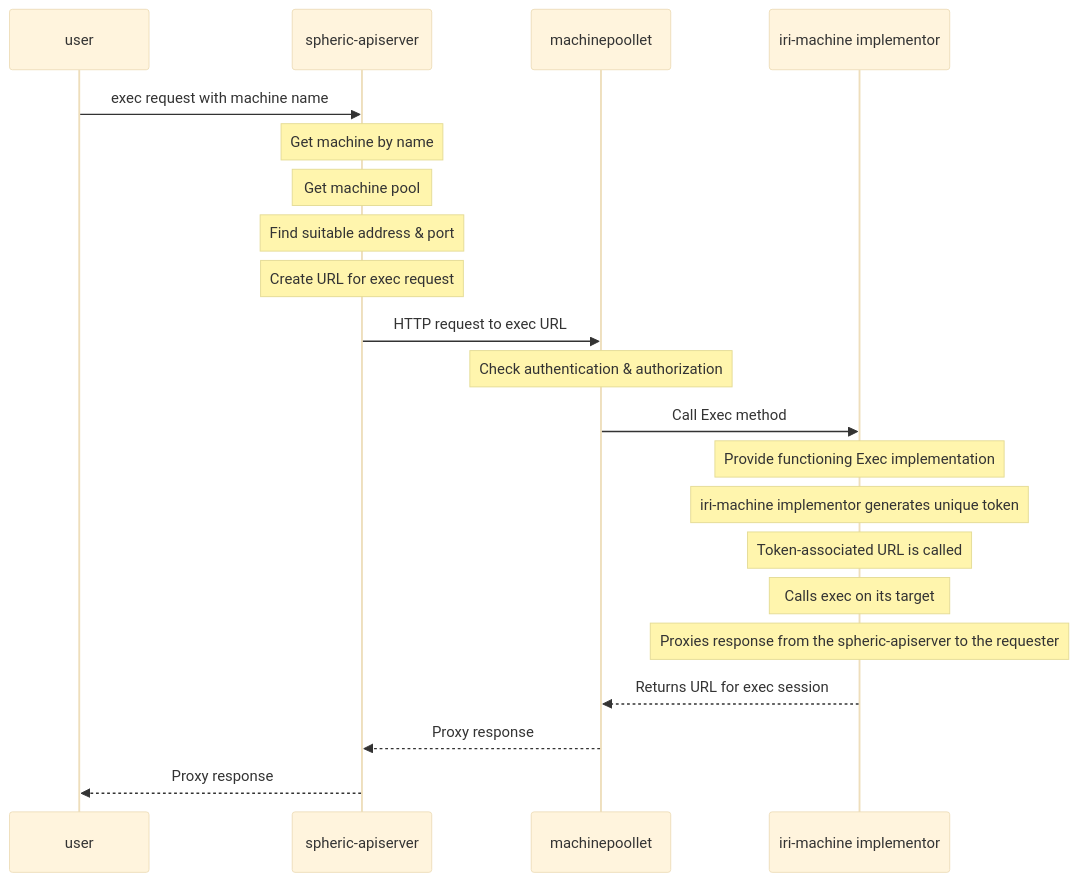
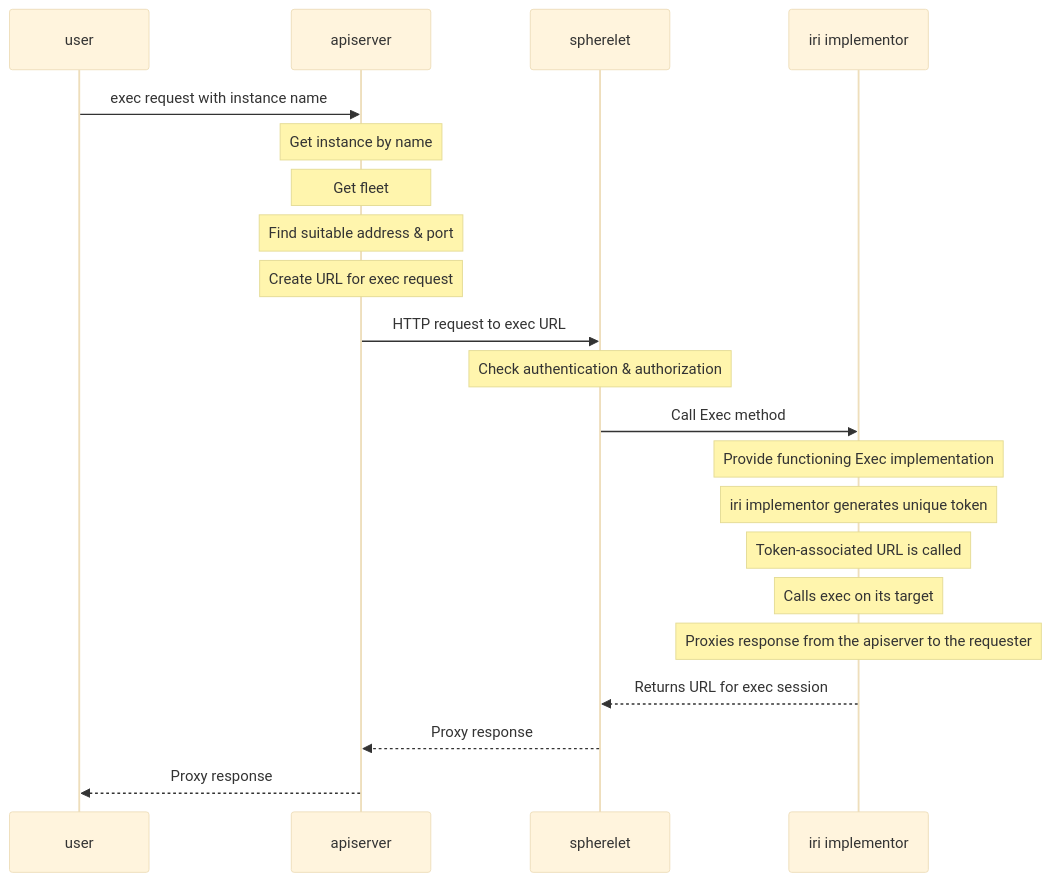
One commit to spheric-cloud/spheric changed the diagram in docs/concepts/machine-exec-flow.md. Above: the diagram before and after it, drawn with Mermaid (base theme). The commit also changed other lines of this file and 21 other files, not shown here.

````diff
--- a/docs/concepts/machine-exec-flow.md
+++ b/docs/concepts/machine-exec-flow.md
@@ -13,24 +13,24 @@
 ```mermaid
 sequenceDiagram
     participant User as user
-    participant OA as spheric-apiserver
-    participant MP as machinepoollet
-    participant OM as iri-machine implementor
+    participant API as apiserver
+    participant SP as spherelet
+    participant IRI as iri implementor
 
-    User->>OA: exec request with machine name
-    Note over OA: Get machine by name
-    Note over OA: Get machine pool
-    Note over OA: Find suitable address & port
-    Note over OA: Create URL for exec request
-    OA->>MP: HTTP request to exec URL
-    Note over MP: Check authentication & authorization
-    MP->>OM: Call Exec method
-    Note over OM: Provide functioning Exec implementation
-    Note over OM: iri-machine implementor generates unique token
-    Note over OM: Token-associated URL is called
-    Note over OM: Calls exec on its target
-    Note over OM: Proxies response from the spheric-apiserver to the requester
-    OM-->>MP: Returns URL for exec session
-    MP-->>OA: Proxy response
-    OA-->>User: Proxy response
+    User->>API: exec request with instance name
+    Note over API: Get instance by name
+    Note over API: Get fleet
+    Note over API: Find suitable address & port
+    Note over API: Create URL for exec request
+    API->>SP: HTTP request to exec URL
+    Note over SP: Check authentication & authorization
+    SP->>IRI: Call Exec method
+    Note over IRI: Provide functioning Exec implementation
+    Note over IRI: iri implementor generates unique token
+    Note over IRI: Token-associated URL is called
+    Note over IRI: Calls exec on its target
+    Note over IRI: Proxies response from the apiserver to the requester
+    IRI-->>SP: Returns URL for exec session
+    SP-->>API: Proxy response
+    API-->>User: Proxy response
 ```
````
